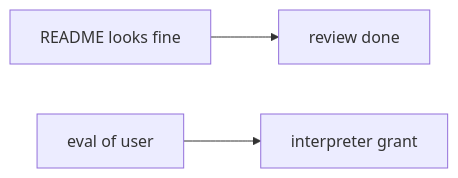
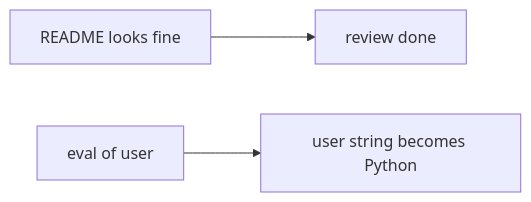
Before and after one commit to ishitvagoel/LearnSecurity: the second of 2 diagrams in content/modules/9/9.2/lessons/01-property.md, drawn with Mermaid. The commit also changed other lines of this file and 39 other files, not shown here.

````diff
--- a/content/modules/9/9.2/lessons/01-property.md
+++ b/content/modules/9/9.2/lessons/01-property.md
@@ -31,5 +32,5 @@
 ```mermaid
 flowchart LR
   Readme[README looks fine] --> Belief[review done]
-  Interp[eval of user] --> Reality[interpreter grant]
+  Interp[eval of user] --> Reality[user string becomes Python]
 ```
````
